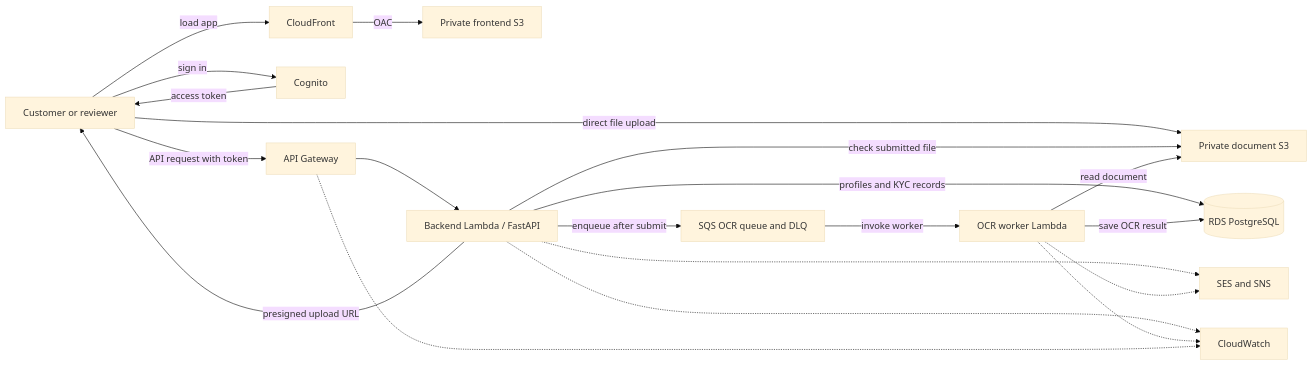
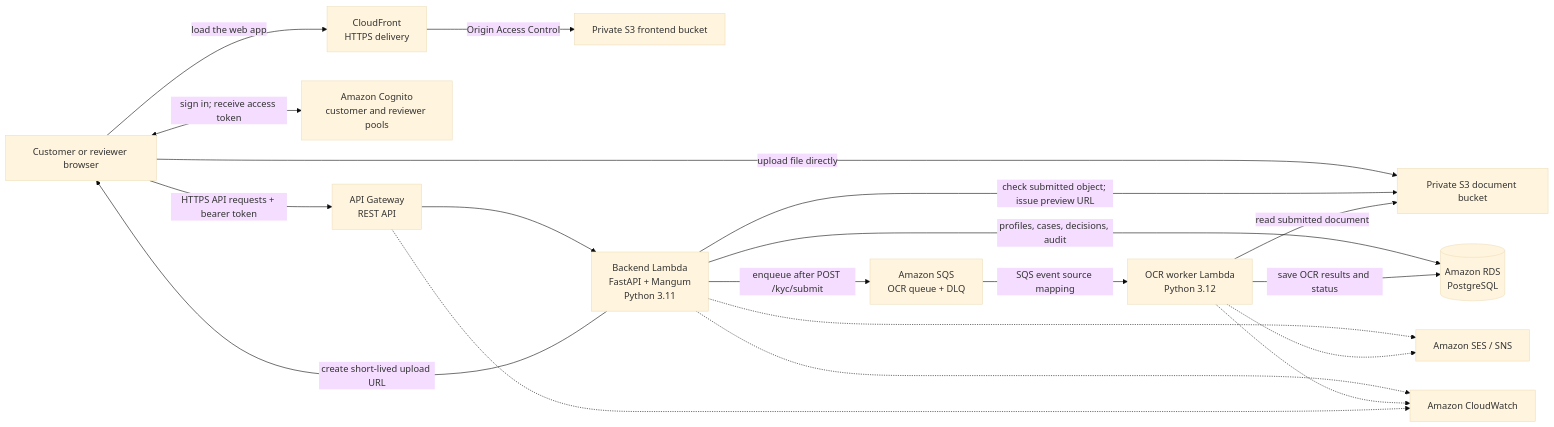
The diagram in README.md (armaan-syed/Final-KYC), drawn with Mermaid (base theme) before and after one commit. The commit also changed other lines of this file, not shown here.

Commit message:
Enhance README with usage and architecture details
Updated README with deployment information, local development requirements, and architecture details.

````diff
--- a/README.md
+++ b/README.md
@@ -9,35 +17,34 @@
 ```mermaid
 flowchart LR
-    browser["Customer or reviewer"]
-    cloudfront["CloudFront"]
-    frontend["Private frontend S3"]
-    cognito["Cognito"]
-    api["API Gateway"]
-    backend["Backend Lambda / FastAPI"]
-    documents["Private document S3"]
-    queue["SQS OCR queue and DLQ"]
-    worker["OCR worker Lambda"]
-    database[("RDS PostgreSQL")]
-    notifications["SES and SNS"]
-    cloudwatch["CloudWatch"]
+    browser["Customer or reviewer browser"]
+    cloudfront["CloudFront<br/>HTTPS delivery"]
+    frontend["Private S3 frontend bucket"]
+    cognito["Amazon Cognito<br/>customer and reviewer pools"]
+    api["API Gateway<br/>REST API"]
+    backend["Backend Lambda<br/>FastAPI + Mangum<br/>Python 3.11"]
+    documents["Private S3 document bucket"]
+    queue["Amazon SQS<br/>OCR queue + DLQ"]
+    worker["OCR worker Lambda<br/>Python 3.12"]
+    database[("Amazon RDS<br/>PostgreSQL")]
+    notify["Amazon SES / SNS"]
+    monitor["Amazon CloudWatch"]
 
-    browser -->|load app| cloudfront
-    cloudfront -->|OAC| frontend
-    browser -->|sign in| cognito
-    cognito -->|access token| browser
-    browser -->|API request with token| api
+    browser -->|"load the web app"| cloudfront
+    cloudfront -->|"Origin Access Control"| frontend
+    browser <-->|"sign in; receive access token"| cognito
+    browser -->|"HTTPS API requests + bearer token"| api
     api --> backend
-    backend -->|presigned upload URL| browser
-    browser -->|direct file upload| documents
-    backend -->|check submitted file| documents
-    backend -->|profiles and KYC records| database
-    backend -->|enqueue after submit| queue
-    queue -->|invoke worker| worker
-    worker -->|read document| documents
-    worker -->|save OCR result| database
-    backend -.-> notifications
-    worker -.-> notifications
-    backend -.-> cloudwatch
-    worker -.-> cloudwatch
-    api -.-> cloudwatch
+    backend -->|"create short-lived upload URL"| browser
+    browser -->|"upload file directly"| documents
+    backend -->|"check submitted object; issue preview URL"| documents
+    backend -->|"profiles, cases, decisions, audit"| database
+    backend -->|"enqueue after POST /kyc/submit"| queue
+    queue -->|"SQS event source mapping"| worker
+    worker -->|"read submitted document"| documents
+    worker -->|"save OCR results and status"| database
+    backend -.-> notify
+    worker -.-> notify
+    backend -.-> monitor
+    worker -.-> monitor
+    api -.-> monitor
 ```
````
